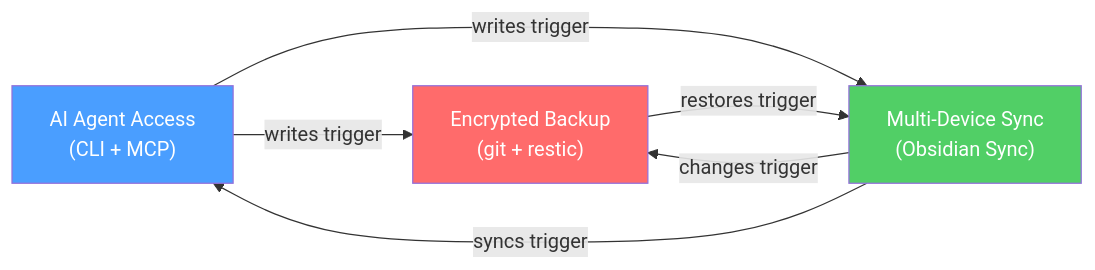
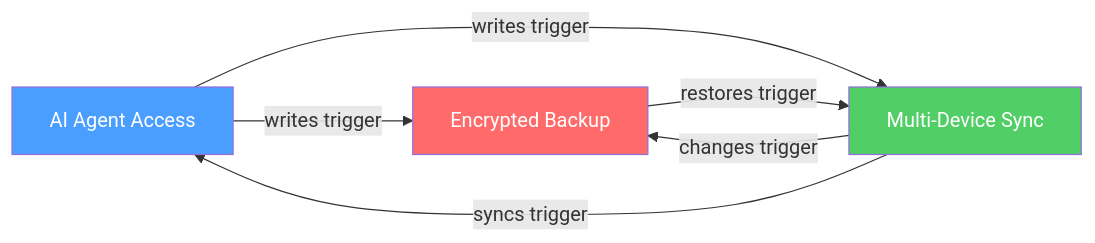
Before and after one commit to cameronsjo/obaass: the fifth of 5 diagrams in docs/architecture.md, drawn with Mermaid. The commit also changed other lines of this file and 12 other files, not shown here.

First line of the commit message:
docs: add generated illustrations, sync-setup, and mcp-integration guides

````diff
--- a/docs/architecture.md
+++ b/docs/architecture.md
@@ -83,12 +168,12 @@
 ```mermaid
 graph LR
-    A["AI Agent Access<br/>(CLI + MCP)"] -->|writes trigger| B["Encrypted Backup<br/>(git + restic)"]
-    A -->|writes trigger| C["Multi-Device Sync<br/>(Obsidian Sync)"]
+    A["AI Agent Access"] -->|writes trigger| B["Encrypted Backup"]
+    A -->|writes trigger| C["Multi-Device Sync"]
     C -->|changes trigger| B
     B -->|restores trigger| C
     C -->|syncs trigger| A
 
     style A fill:#4a9eff,color:#fff
     style B fill:#ff6b6b,color:#fff
     style C fill:#51cf66,color:#fff
 ```
````
